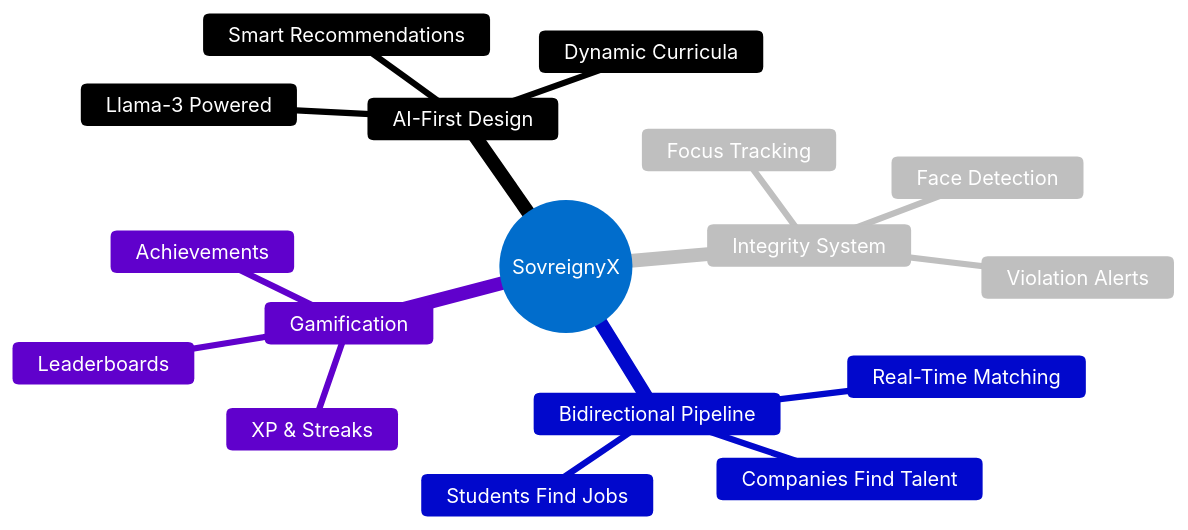
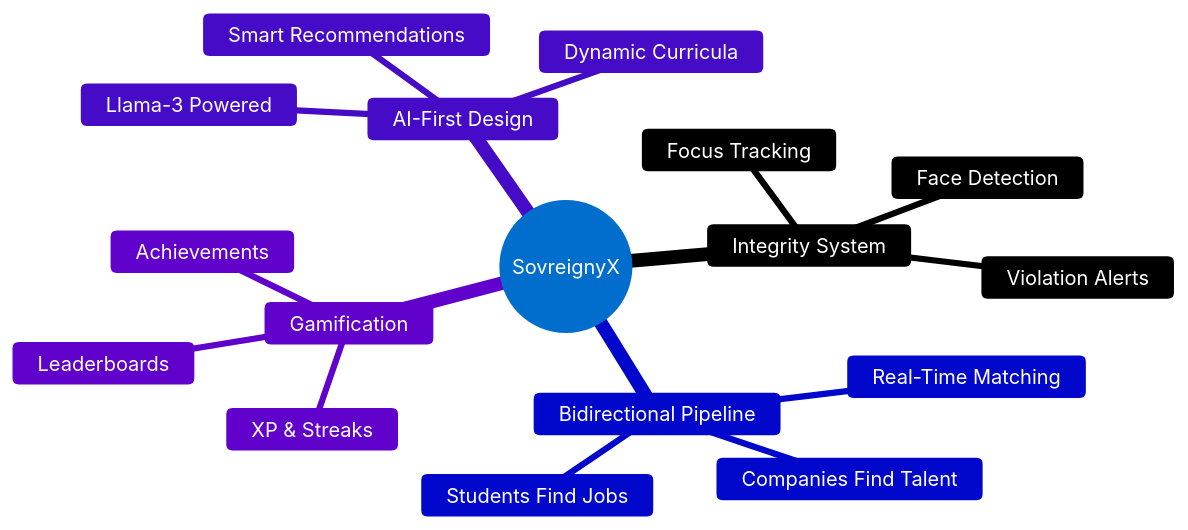
The first of 5 diagrams in README.md (dhanasai2/SovreignyX_Final), drawn with Mermaid before and after one commit.

````diff
--- a/README.md
+++ b/README.md
@@ -169,21 +169,36 @@
 ```mermaid
-%%{init: {'theme':'base', 'themeVariables': { 'primaryColor':'#4facfe','primaryTextColor':'#fff','primaryBorderColor':'#7C0200','lineColor':'#F8B229','secondaryColor':'#006100','tertiaryColor':'#fff'}}}%%
+%%{init: {
+  'theme':'base',
+  'themeVariables': {
+    'primaryColor':'#4facfe',
+    'primaryTextColor':'#fff',
+    'primaryBorderColor':'#4facfe',
+    'lineColor':'#F8B229',
+    'secondaryColor':'#8b5cf6',
+    'secondaryTextColor':'#fff',
+    'tertiaryColor':'#1e293b',
+    'tertiaryTextColor':'#fff',
+    'noteBkgColor':'#1e293b',
+    'noteTextColor':'#fff'
+  }
+}}%%
 mindmap
   root((SovreignyX))
     AI-First Design
       Llama-3 Powered
       Dynamic Curricula
       Smart Recommendations
     Integrity System
       Face Detection
       Focus Tracking
       Violation Alerts
     Bidirectional Pipeline
       Students Find Jobs
       Companies Find Talent
       Real-Time Matching
     Gamification
       XP & Streaks
       Leaderboards
       Achievements
+
 ```
````
